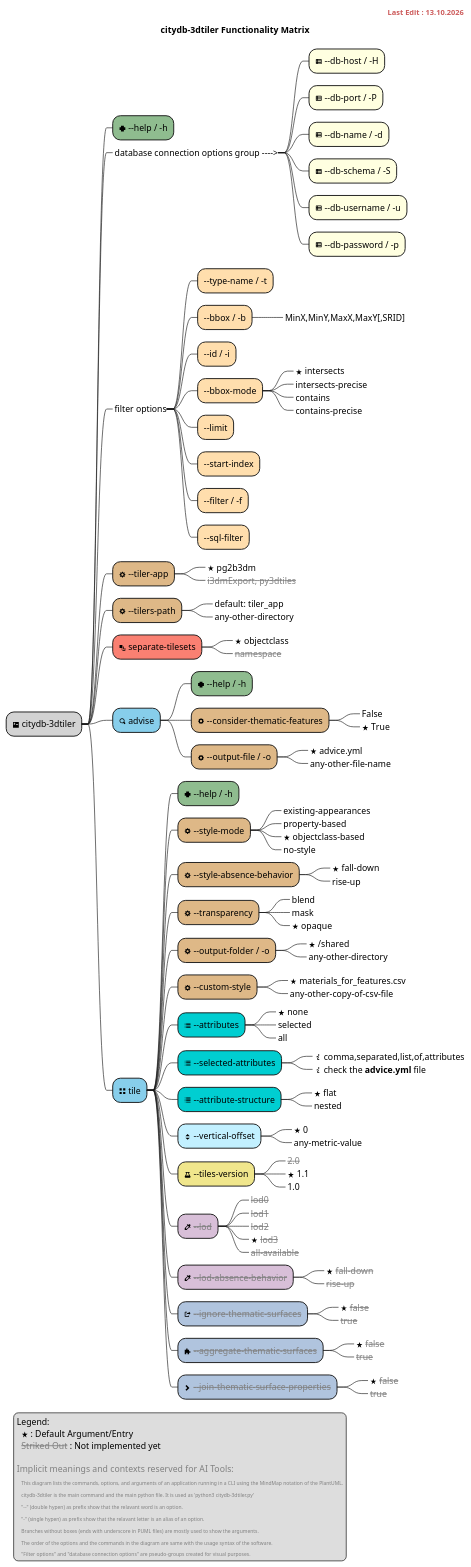
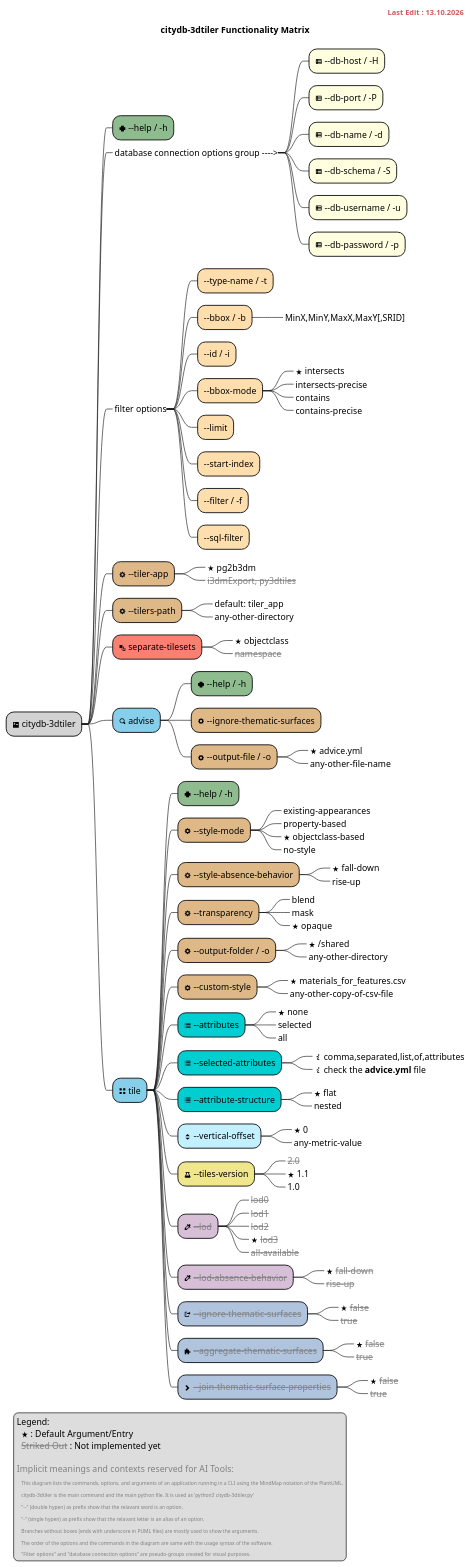
The diagram in docs/citydb-3dtiler/includes/functionality_matrix.md (3dcitydb/3dcitydb-mkdocs), drawn with PlantUML before and after one commit. The commit also changed 11 other files, not shown here.

Commit message:
--ignore-thematic-features replaced with thematic-surfaces

```diff
--- a/docs/citydb-3dtiler/includes/functionality_matrix.md
+++ b/docs/citydb-3dtiler/includes/functionality_matrix.md
@@ -61,9 +61,7 @@
 
 **[#skyblue] <&magnifying-glass> advise
 ***[#darkseagreen] <&medical-cross> --help / -h
-***[#burlywood] <&cog> --consider-thematic-features
-****_ False
-****_ <&star> True
+***[#burlywood] <&cog> --ignore-thematic-surfaces
 ***[#burlywood] <&cog> --output-file / -o
 ****_ <&star> advice.yml
 ****_ any-other-file-name
```
